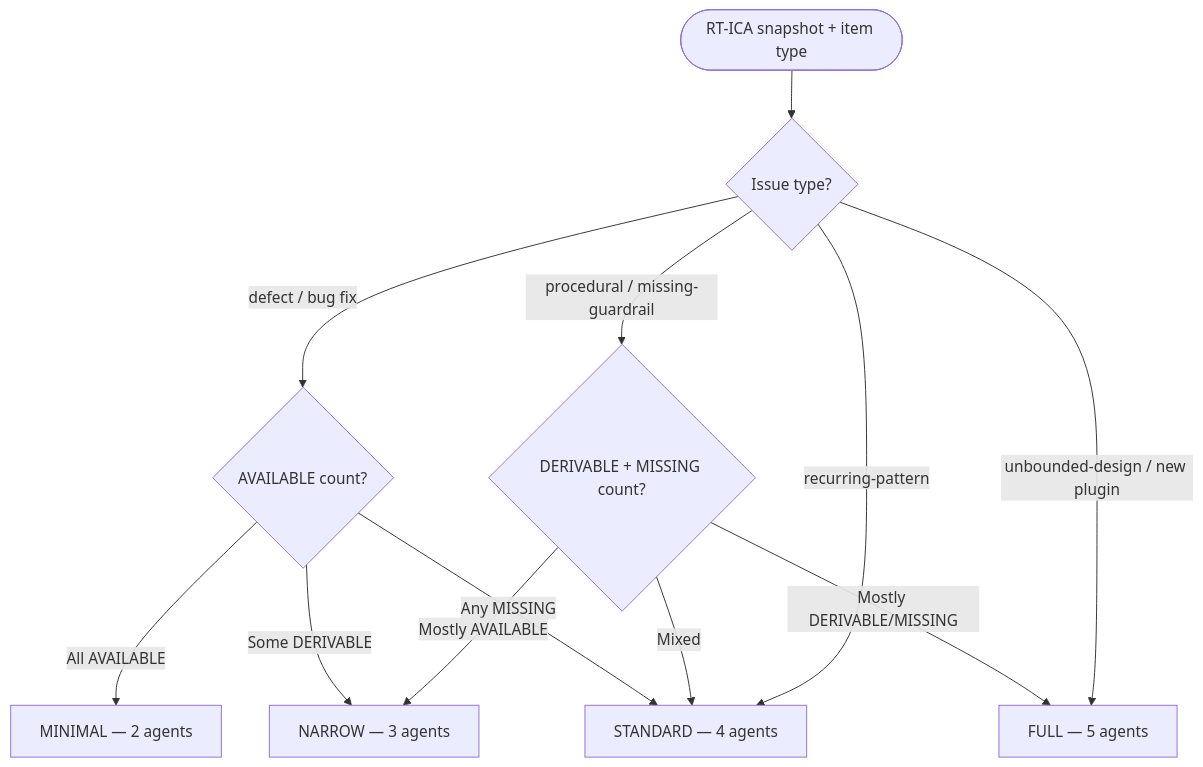
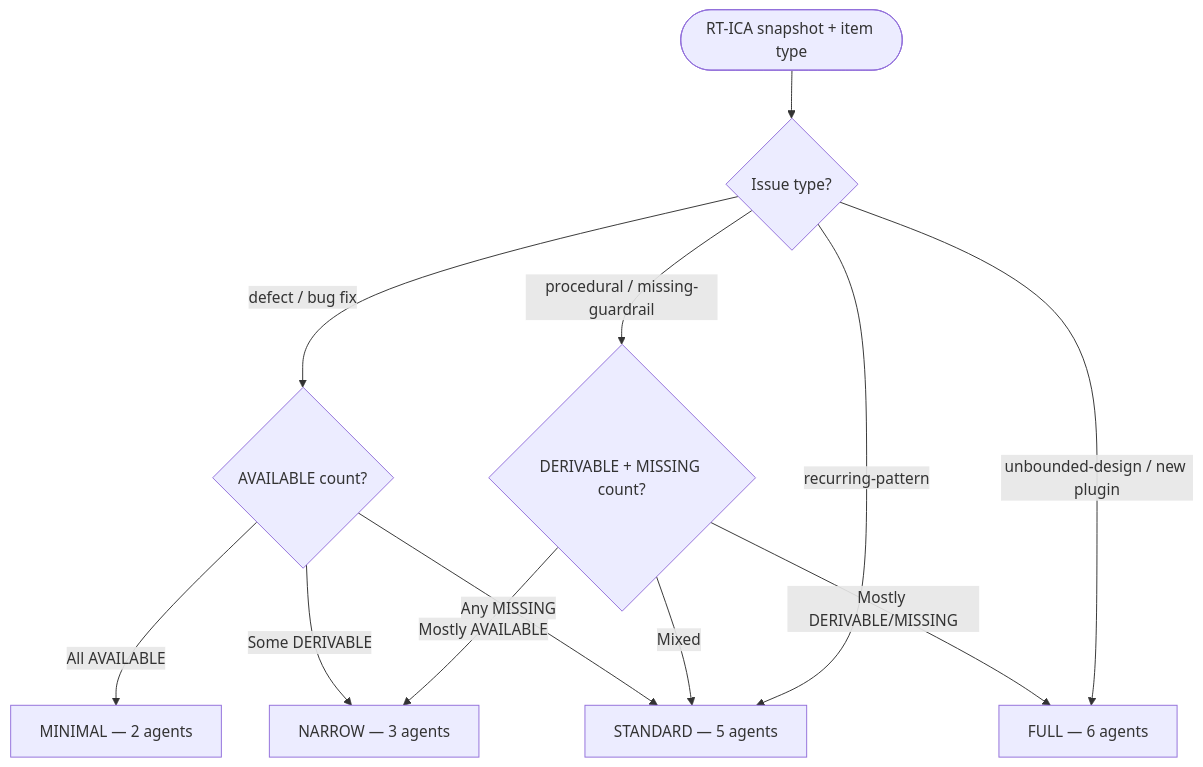
Before and after one commit to chgreer1070/claude_skills: the diagram in plugins/development-harness/skills/work-backlog-item/references/workflows/groom/analyze.md, drawn with Mermaid. The commit also changed other lines of this file and 5 other files, not shown here.

````diff
--- a/plugins/development-harness/skills/work-backlog-item/references/workflows/groom/analyze.md
+++ b/plugins/development-harness/skills/work-backlog-item/references/workflows/groom/analyze.md
@@ -104,14 +104,14 @@
 ```mermaid
 flowchart TD
     Start([RT-ICA snapshot + item type]) --> Q1{Issue type?}
     Q1 -->|defect / bug fix| Q2{AVAILABLE count?}
     Q2 -->|All AVAILABLE| Minimal["MINIMAL — 2 agents"]
     Q2 -->|Some DERIVABLE| Narrow["NARROW — 3 agents"]
-    Q2 -->|Any MISSING| Standard["STANDARD — 4 agents"]
+    Q2 -->|Any MISSING| Standard["STANDARD — 5 agents"]
     Q1 -->|procedural / missing-guardrail| Q3{DERIVABLE + MISSING count?}
     Q3 -->|Mostly AVAILABLE| Narrow
     Q3 -->|Mixed| Standard
-    Q3 -->|Mostly DERIVABLE/MISSING| Full["FULL — 5 agents"]
+    Q3 -->|Mostly DERIVABLE/MISSING| Full["FULL — 6 agents"]
     Q1 -->|unbounded-design / new plugin| Full
     Q1 -->|recurring-pattern| Standard
 ```
````
